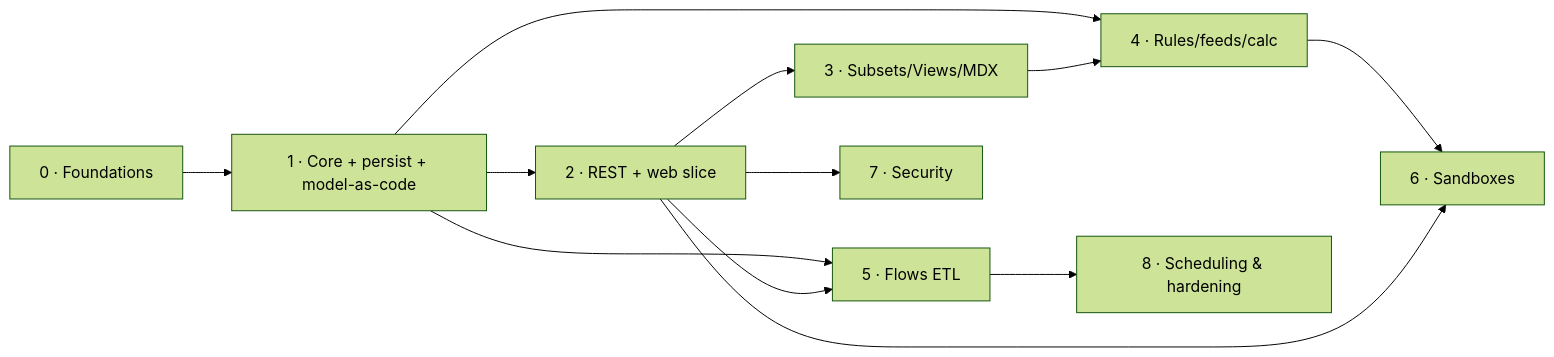
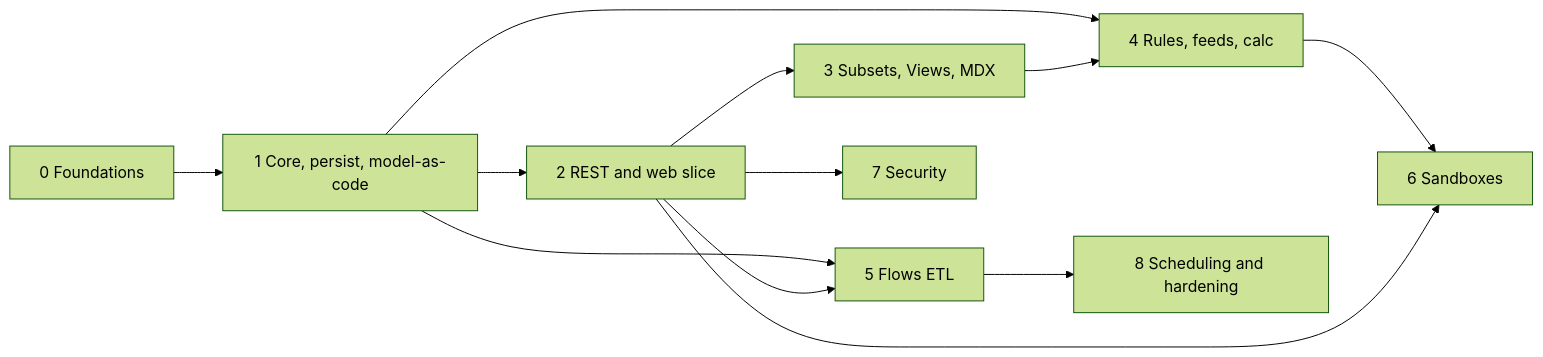
Before and after one commit to WilliamSmithEdward/Epiphany: the diagram in docs/ROADMAP.md, drawn with Mermaid (forest theme). The commit also changed other lines of this file, not shown here.

Commit message:
docs: remove em dashes and AI tells from ROADMAP

````diff
--- a/docs/ROADMAP.md
+++ b/docs/ROADMAP.md
@@ -378,14 +378,14 @@
 ```mermaid
 graph LR
-  P0[0 · Foundations] --> P1[1 · Core + persist + model-as-code]
-  P1 --> P2[2 · REST + web slice]
-  P2 --> P3[3 · Subsets/Views/MDX]
-  P1 --> P4[4 · Rules/feeds/calc]
+  P0[0 Foundations] --> P1[1 Core, persist, model-as-code]
+  P1 --> P2[2 REST and web slice]
+  P2 --> P3[3 Subsets, Views, MDX]
+  P1 --> P4[4 Rules, feeds, calc]
   P3 --> P4
-  P1 --> P5[5 · Flows ETL]
+  P1 --> P5[5 Flows ETL]
   P2 --> P5
-  P4 --> P6[6 · Sandboxes]
+  P4 --> P6[6 Sandboxes]
   P2 --> P6
-  P2 --> P7[7 · Security]
-  P5 --> P8[8 · Scheduling & hardening]
+  P2 --> P7[7 Security]
+  P5 --> P8[8 Scheduling and hardening]
 ```
````
